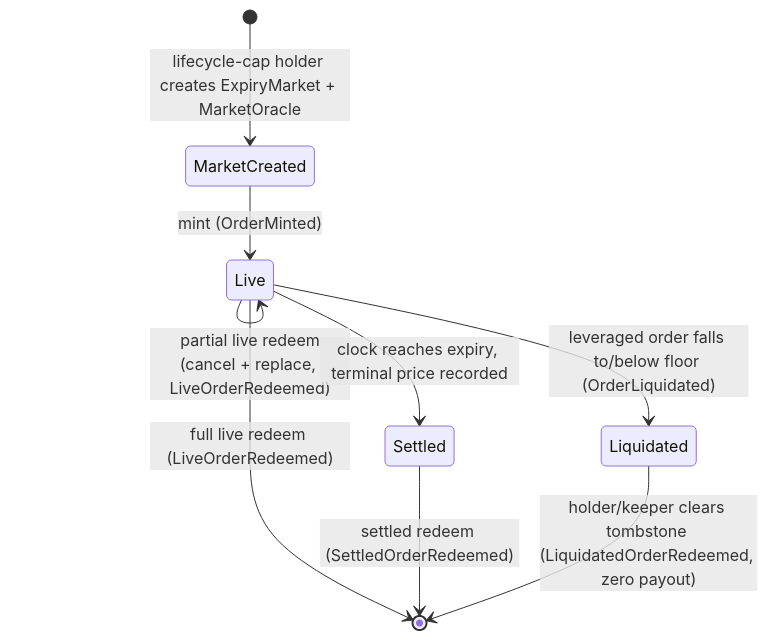
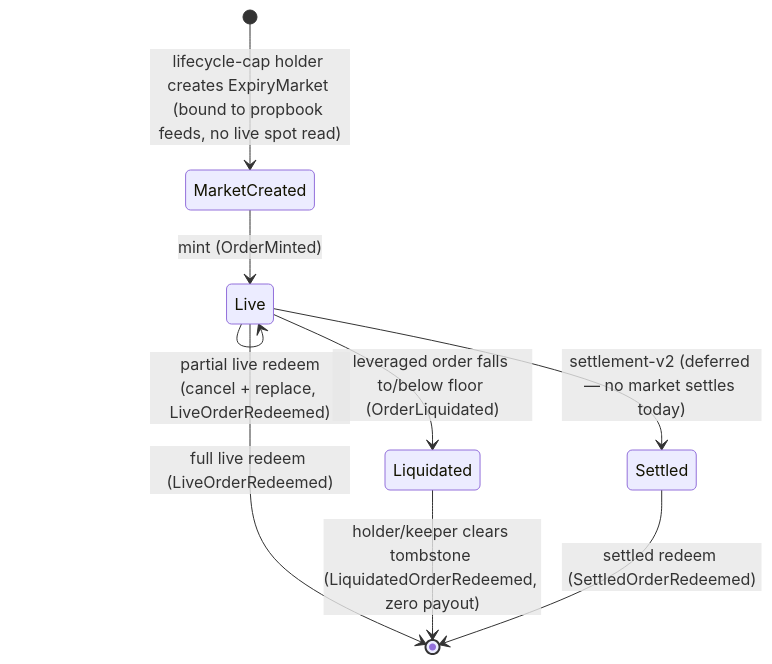
The diagram in packages/predict/docs/overview.md (MystenLabs/deepbookv3), drawn with Mermaid before and after one commit. The commit also changed other lines of this file and 16 other files, not shown here.

````diff
--- a/packages/predict/docs/overview.md
+++ b/packages/predict/docs/overview.md
@@ -38,11 +50,11 @@
 ```mermaid
 stateDiagram-v2
-  [*] --> MarketCreated: lifecycle-cap holder creates ExpiryMarket + MarketOracle
+  [*] --> MarketCreated: lifecycle-cap holder creates ExpiryMarket (bound to propbook feeds, no live spot read)
   MarketCreated --> Live: mint (OrderMinted)
   Live --> Live: partial live redeem<br/>(cancel + replace, LiveOrderRedeemed)
   Live --> [*]: full live redeem (LiveOrderRedeemed)
   Live --> Liquidated: leveraged order falls to/below floor (OrderLiquidated)
-  Live --> Settled: clock reaches expiry, terminal price recorded
+  Liquidated --> [*]: holder/keeper clears tombstone (LiquidatedOrderRedeemed, zero payout)
+  Live --> Settled: settlement-v2 (deferred — no market settles today)
   Settled --> [*]: settled redeem (SettledOrderRedeemed)
-  Liquidated --> [*]: holder/keeper clears tombstone (LiquidatedOrderRedeemed, zero payout)
 ```
````
